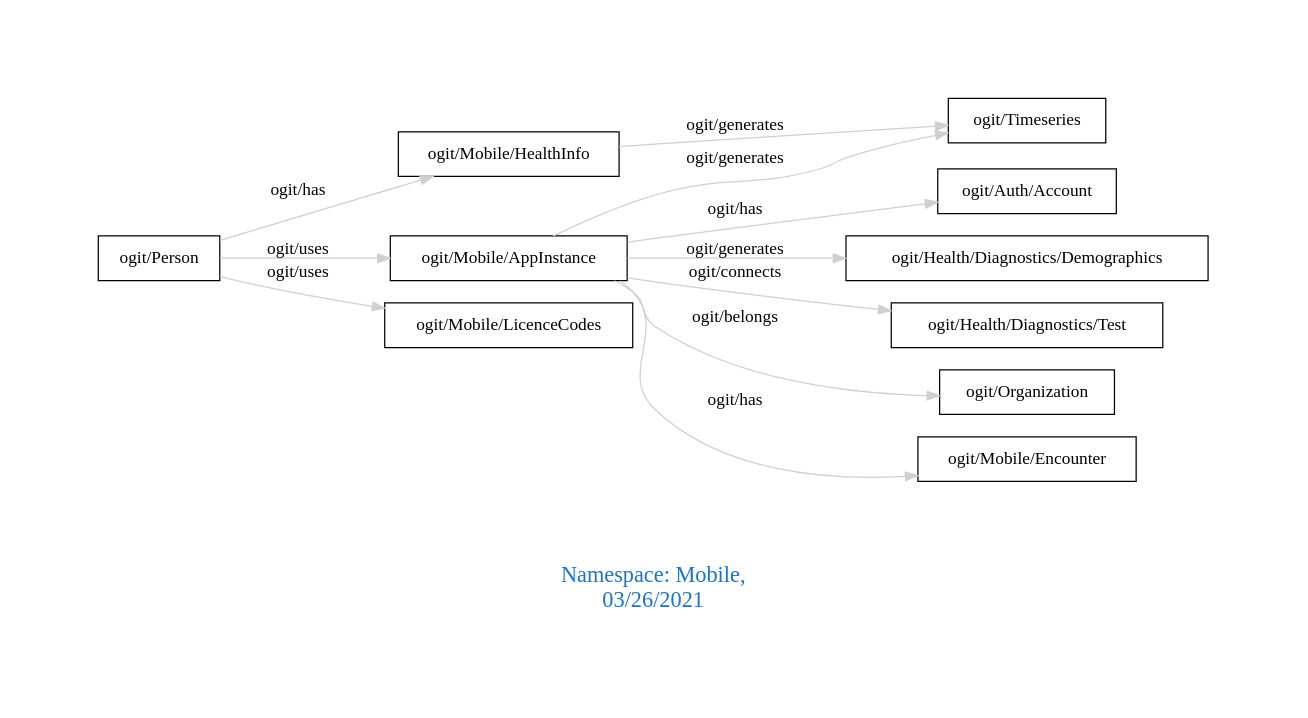
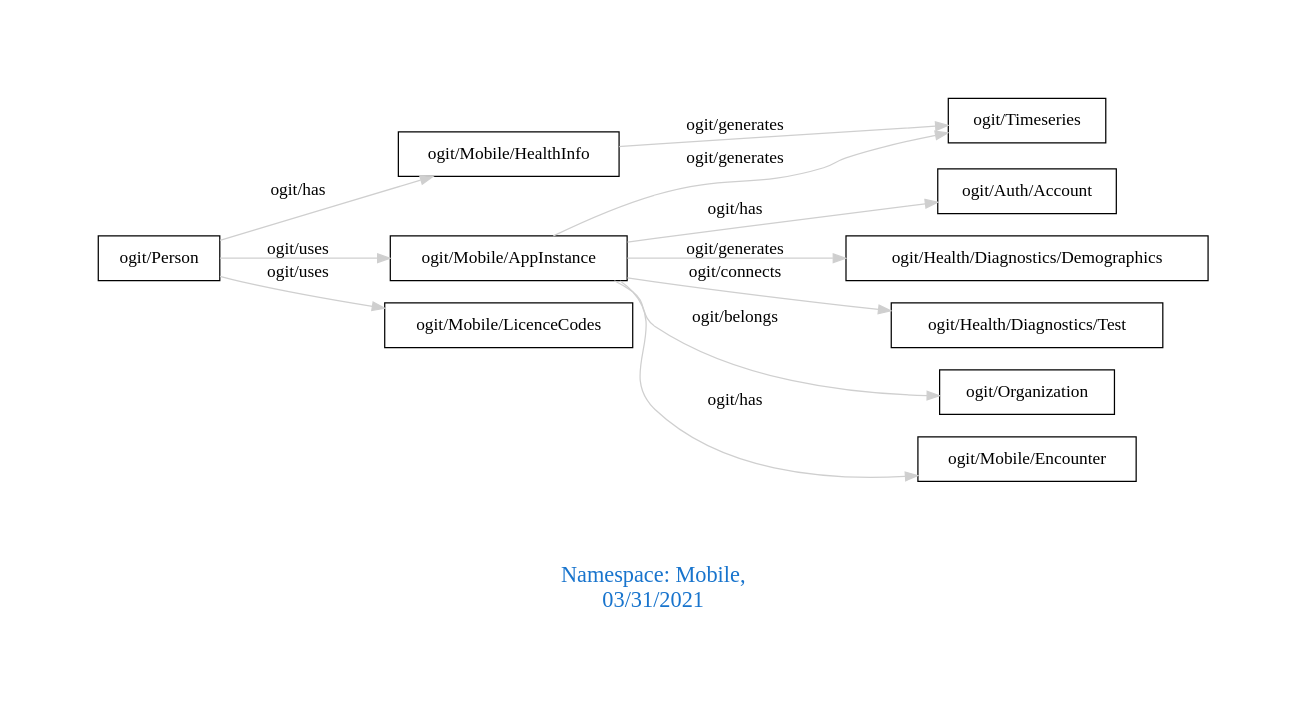
The diagram in downloads/Mobile.dot (arago/OGIT), drawn with Graphviz before and after one commit. The commit also changed 1853 other files, not shown here.

```diff
--- a/downloads/Mobile.dot
+++ b/downloads/Mobile.dot
@@ -1,18 +1,18 @@
 digraph OGIT_ontology {
  graph [ rankdir= LR,pad=1 
 fontsize = 18,
-fontcolor= dodgerblue3,label = "\n\n\nNamespace: Mobile, \n 03/26/2021"];
+fontcolor= dodgerblue3,label = "\n\n\nNamespace: Mobile, \n 03/31/2021"];
 node[shape=polygon];
 edge [  color="gray81"];
 
    "ogit/Mobile/AppInstance" -> "ogit/Timeseries" [label="   ogit/generates    "];
    "ogit/Mobile/AppInstance" -> "ogit/Health/Diagnostics/Demographics" [label="   ogit/generates    "];
    "ogit/Mobile/HealthInfo" -> "ogit/Timeseries" [label="   ogit/generates    "];
    "ogit/Mobile/AppInstance" -> "ogit/Health/Diagnostics/Test" [label="   ogit/connects    "];
    "ogit/Mobile/AppInstance" -> "ogit/Organization" [label="   ogit/belongs    "];
    "ogit/Person" -> "ogit/Mobile/AppInstance" [label="   ogit/uses    "];
    "ogit/Person" -> "ogit/Mobile/LicenceCodes" [label="   ogit/uses    "];
    "ogit/Mobile/AppInstance" -> "ogit/Mobile/Encounter" [label="   ogit/has    "];
    "ogit/Mobile/AppInstance" -> "ogit/Auth/Account" [label="   ogit/has    "];
    "ogit/Person" -> "ogit/Mobile/HealthInfo" [label="   ogit/has    "];
 }
```
